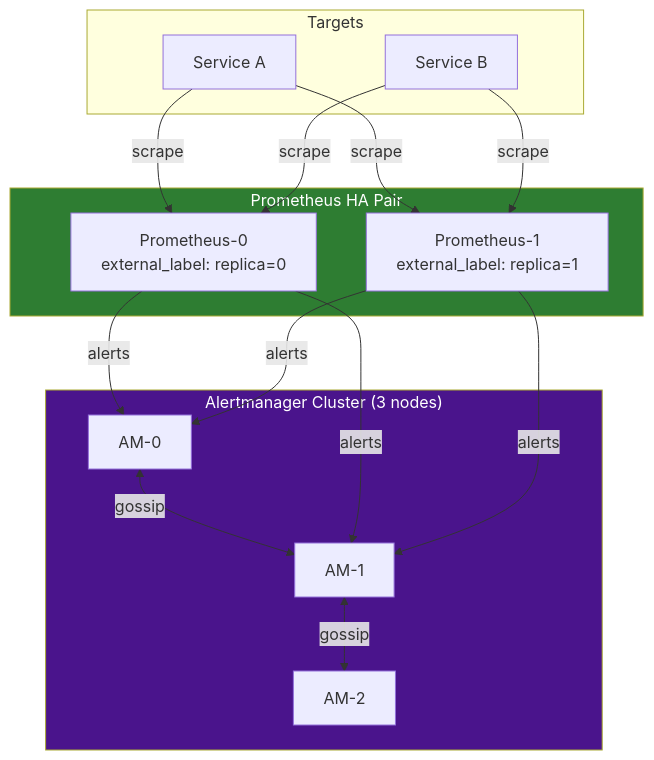
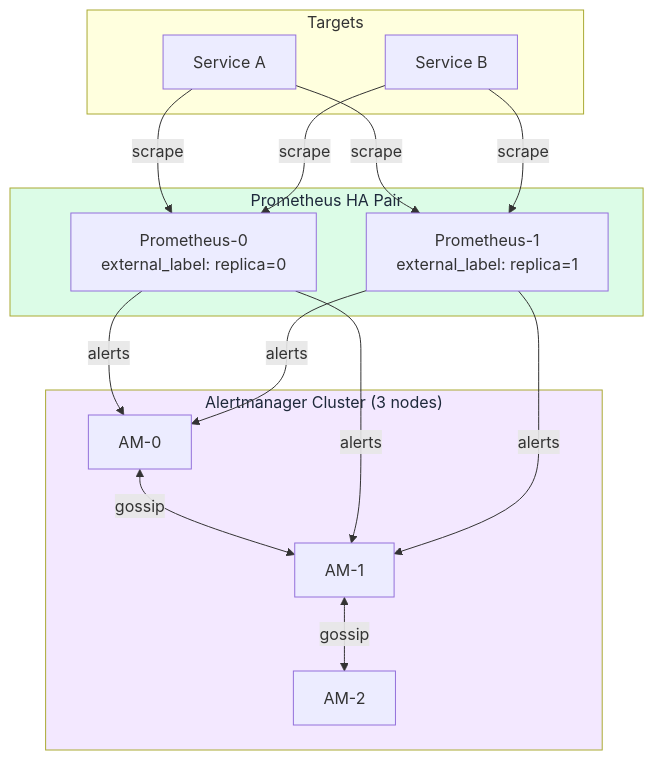
One commit to XUanhoa04/aiops-engineering-handbook changed the fourth of 8 diagrams in docs/en/03-prometheus/README.md. Above: the diagram before and after it, drawn with Mermaid. The commit also changed other lines of this file and 39 other files, not shown here.

First line of the commit message:
docs: concept-first Ch.08-12, collapse code, soft Mermaid colors

````diff
--- a/docs/en/03-prometheus/README.md
+++ b/docs/en/03-prometheus/README.md
@@ -663,29 +663,29 @@
 ```mermaid
 graph TD
     subgraph Targets
         T1[Service A]
         T2[Service B]
     end
 
     subgraph HA["Prometheus HA Pair"]
         P1[Prometheus-0\nexternal_label: replica=0]
         P2[Prometheus-1\nexternal_label: replica=1]
     end
 
     subgraph AM["Alertmanager Cluster (3 nodes)"]
         AM1[AM-0] <-->|gossip| AM2[AM-1] <-->|gossip| AM3[AM-2]
     end
 
     T1 -->|scrape| P1
     T1 -->|scrape| P2
     T2 -->|scrape| P1
     T2 -->|scrape| P2
 
     P1 -->|alerts| AM1
     P1 -->|alerts| AM2
     P2 -->|alerts| AM1
     P2 -->|alerts| AM2
 
-    style HA fill:#2e7d32,color:#fff
-    style AM fill:#4a148c,color:#fff
+    style HA fill:#dcfce7,color:#1e293b
+    style AM fill:#f3e8ff,color:#1e293b
 ```
````
